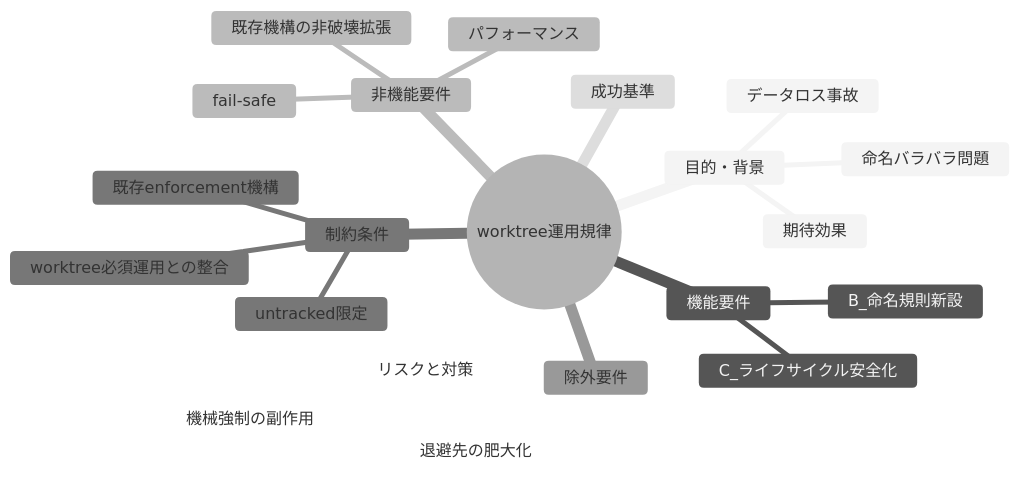
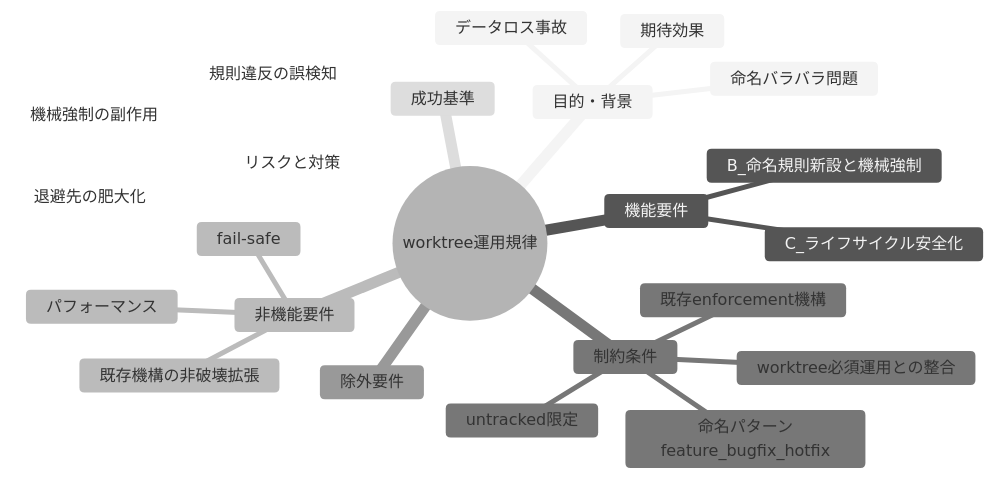
Before and after one commit to techbeansjp-free/AGENTS.md: the first of 2 diagrams in docs/maintainer/workflow/20260716_013937_worktree運用規律/00_要求定義.md, drawn with Mermaid (neutral theme). The commit also changed other lines of this file and 1 other file, not shown here.

````diff
--- a/docs/maintainer/workflow/20260716_013937_worktree運用規律/00_要求定義.md
+++ b/docs/maintainer/workflow/20260716_013937_worktree運用規律/00_要求定義.md
@@ -32,24 +32,26 @@
 ```mermaid
 mindmap
   root((worktree運用規律))
     目的・背景
       命名バラバラ問題
       データロス事故
       期待効果
     機能要件
-      B_命名規則新設
+      B_命名規則新設と機械強制
       C_ライフサイクル安全化
     非機能要件
       既存機構の非破壊拡張
       fail-safe
       パフォーマンス
     制約条件
       既存enforcement機構
       untracked限定
+      命名パターンfeature_bugfix_hotfix
       worktree必須運用との整合
     除外要件
     成功基準
     リスクと対策
       機械強制の副作用
       退避先の肥大化
+      規則違反の誤検知
 ```
````
